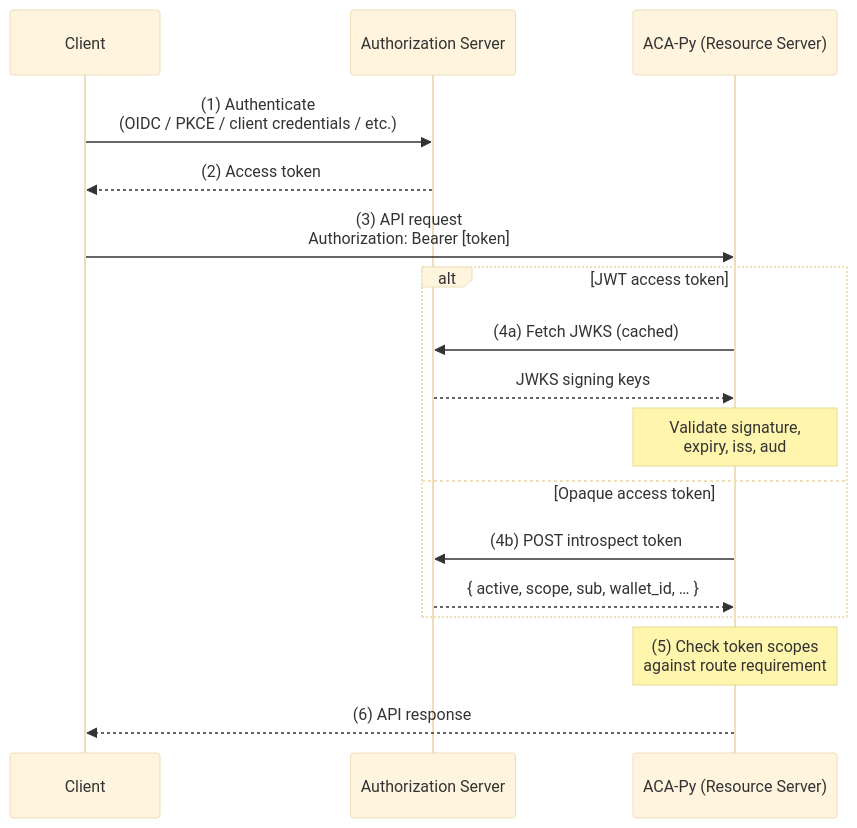
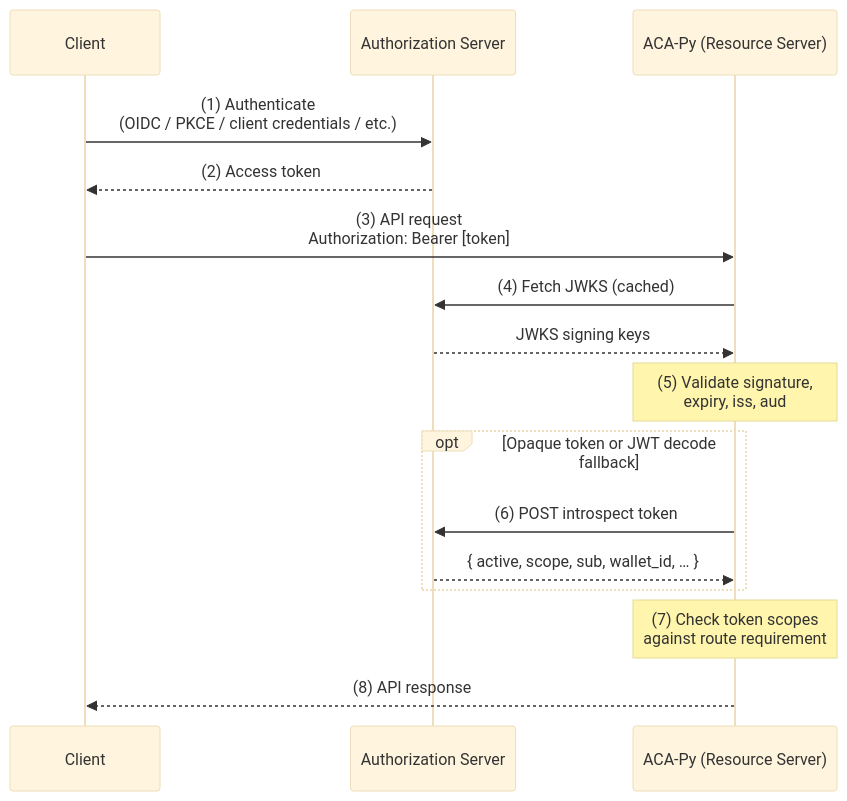
The diagram in docs/features/OAuthResourceServer.md (openwallet-foundation/acapy), drawn with Mermaid (base theme) before and after one commit. The commit also changed other lines of this file, not shown here.

Commit message:
fix mermaid chart alt path

````diff
--- a/docs/features/OAuthResourceServer.md
+++ b/docs/features/OAuthResourceServer.md
@@ -54,24 +54,24 @@
 ```mermaid
 sequenceDiagram
     participant C as Client
     participant AS as Authorization Server
     participant RS as ACA-Py (Resource Server)
 
     C->>AS: (1) Authenticate<br/>(OIDC / PKCE / client credentials / etc.)
     AS-->>C: (2) Access token
 
     C->>RS: (3) API request<br/>Authorization: Bearer [token]
 
-    alt JWT access token
-        RS->>AS: (4a) Fetch JWKS (cached)
-        AS-->>RS: JWKS signing keys
-        Note over RS: Validate signature,<br/>expiry, iss, aud
-    else Opaque access token
-        RS->>AS: (4b) POST introspect token
-        AS-->>RS: { active, scope, sub, wallet_id, … }
+    RS->>AS: (4) Fetch JWKS (cached)
+    AS-->>RS: JWKS signing keys
+    Note over RS: (5) Validate signature,<br/>expiry, iss, aud
+
+    opt Opaque token or JWT decode fallback
+      RS->>AS: (6) POST introspect token
+      AS-->>RS: { active, scope, sub, wallet_id, … }
     end
 
-    Note over RS: (5) Check token scopes<br/>against route requirement
+    Note over RS: (7) Check token scopes<br/>against route requirement
 
-    RS-->>C: (6) API response
+    RS-->>C: (8) API response
 ```
````
